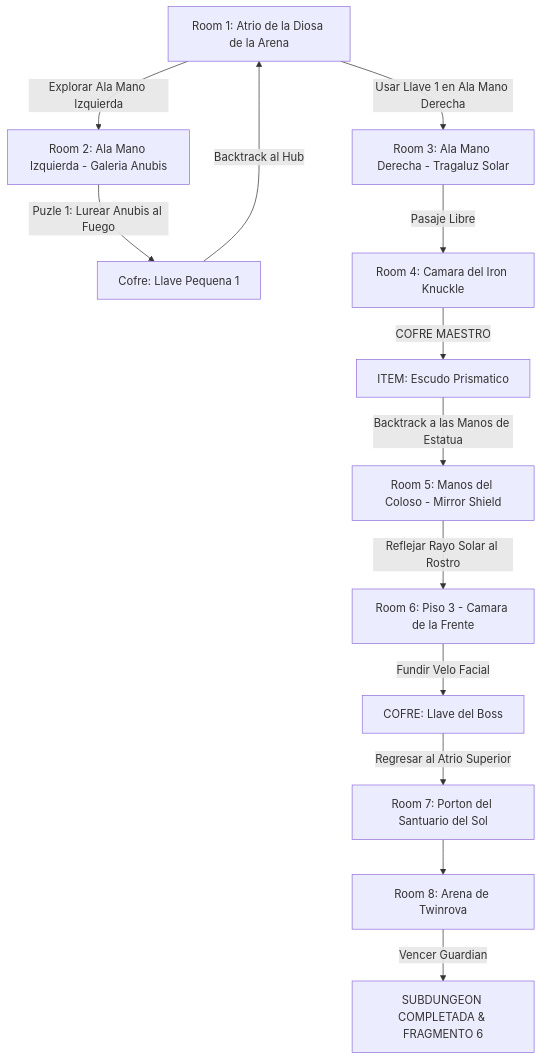
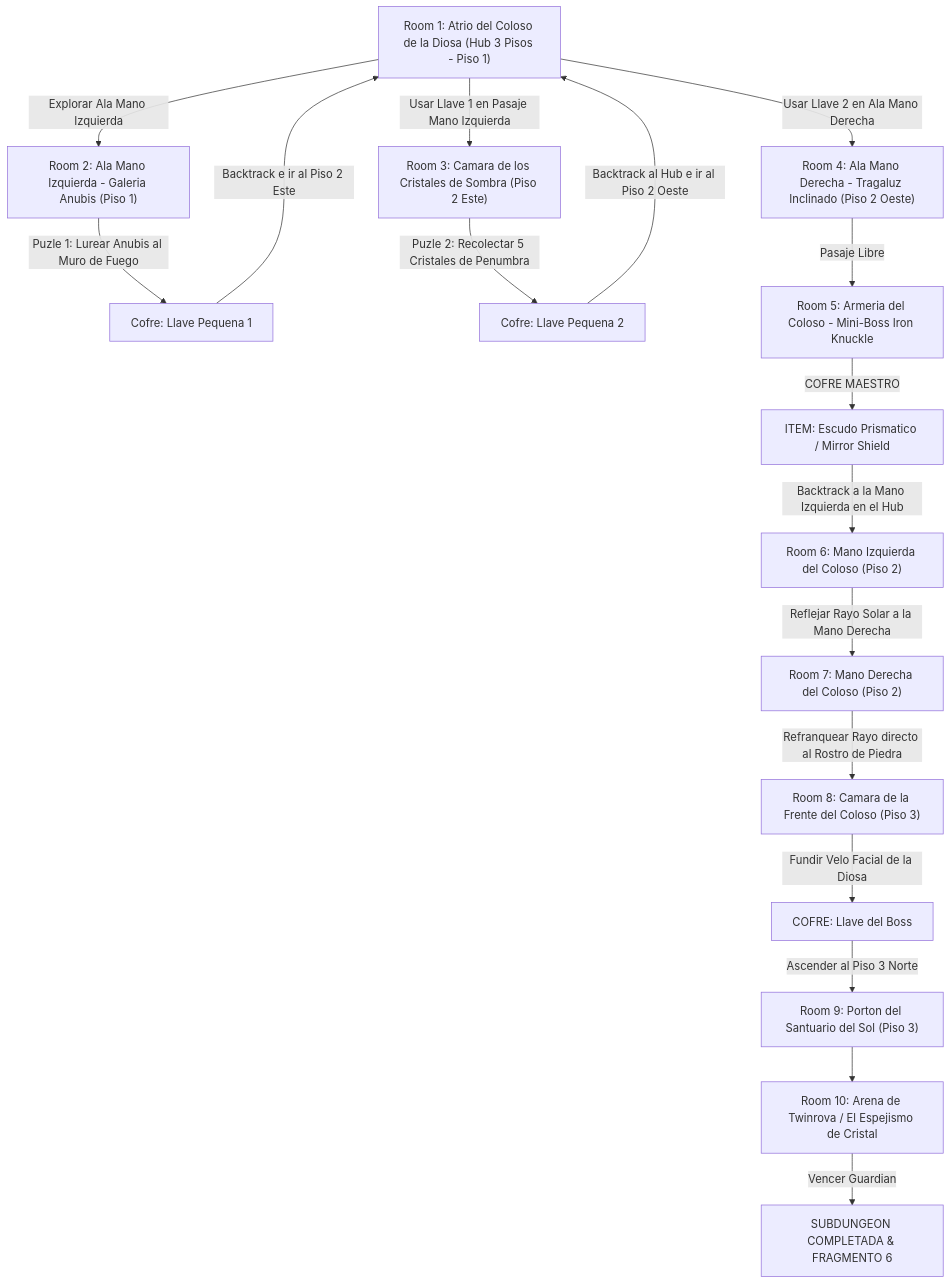
The diagram in 7 - DM/OneShots/ARepeat/Subdungeons/06_Subdungeon_Luz_Santuario.md (linkmati/ShivathLyss), drawn with Mermaid before and after one commit. The commit also changed other lines of this file and 12 other files, not shown here.

Commit message:
Expand Subdungeons 4 and 6 into 10-room non-linear multi-key layouts

````diff
--- a/7 - DM/OneShots/ARepeat/Subdungeons/06_Subdungeon_Luz_Santuario.md
+++ b/7 - DM/OneShots/ARepeat/Subdungeons/06_Subdungeon_Luz_Santuario.md
@@ -14,18 +14,23 @@
 ```mermaid
 graph TD
-    S1["Room 1: Atrio de la Diosa de la Arena"] -->|Explorar Ala Mano Izquierda| S2["Room 2: Ala Mano Izquierda - Galeria Anubis"]
-    S2 -->|Puzle 1: Lurear Anubis al Fuego| S2_Key["Cofre: Llave Pequena 1"]
-    S2_Key -->|Backtrack al Hub| S1
+    S1["Room 1: Atrio del Coloso de la Diosa (Hub 3 Pisos - Piso 1)"] -->|Explorar Ala Mano Izquierda| S2["Room 2: Ala Mano Izquierda - Galeria Anubis (Piso 1)"]
+    S2 -->|Puzle 1: Lurear Anubis al Muro de Fuego| S2_Key["Cofre: Llave Pequena 1"]
+    S2_Key -->|Backtrack e ir al Piso 2 Este| S1
     
-    S1 -->|Usar Llave 1 en Ala Mano Derecha| S3["Room 3: Ala Mano Derecha - Tragaluz Solar"]
-    S3 -->|Pasaje Libre| S4["Room 4: Camara del Iron Knuckle"]
-    S4 -->|COFRE MAESTRO| Item["ITEM: Escudo Prismatico"]
+    S1 -->|Usar Llave 1 en Pasaje Mano Izquierda| S3["Room 3: Camara de los Cristales de Sombra (Piso 2 Este)"]
+    S3 -->|Puzle 2: Recolectar 5 Cristales de Penumbra| S3_Key["Cofre: Llave Pequena 2"]
+    S3_Key -->|Backtrack al Hub e ir al Piso 2 Oeste| S1
     
-    Item -->|Backtrack a las Manos de Estatua| S5["Room 5: Manos del Coloso - Mirror Shield"]
-    S5 -->|Reflejar Rayo Solar al Rostro| S6["Room 6: Piso 3 - Camara de la Frente"]
-    S6 -->|Fundir Velo Facial| BossKey["COFRE: Llave del Boss"]
+    S1 -->|Usar Llave 2 en Ala Mano Derecha| S4["Room 4: Ala Mano Derecha - Tragaluz Inclinado (Piso 2 Oeste)"]
+    S4 -->|Pasaje Libre| S5["Room 5: Armeria del Coloso - Mini-Boss Iron Knuckle"]
+    S5 -->|COFRE MAESTRO| Item["ITEM: Escudo Prismatico / Mirror Shield"]
     
-    BossKey -->|Regresar al Atrio Superior| S7["Room 7: Porton del Santuario del Sol"]
-    S7 --> S8["Room 8: Arena de Twinrova"]
-    S8 -->|Vencer Guardian| Win["SUBDUNGEON COMPLETADA & FRAGMENTO 6"]
+    Item -->|Backtrack a la Mano Izquierda en el Hub| S6["Room 6: Mano Izquierda del Coloso (Piso 2)"]
+    S6 -->|Reflejar Rayo Solar a la Mano Derecha| S7["Room 7: Mano Derecha del Coloso (Piso 2)"]
+    S7 -->|Refranquear Rayo directo al Rostro de Piedra| S8["Room 8: Camara de la Frente del Coloso (Piso 3)"]
+    
+    S8 -->|Fundir Velo Facial de la Diosa| BossKey["COFRE: Llave del Boss"]
+    BossKey -->|Ascender al Piso 3 Norte| S9["Room 9: Porton del Santuario del Sol (Piso 3)"]
+    S9 --> S10["Room 10: Arena de Twinrova / El Espejismo de Cristal"]
+    S10 -->|Vencer Guardian| Win["SUBDUNGEON COMPLETADA & FRAGMENTO 6"]
 ```
````
